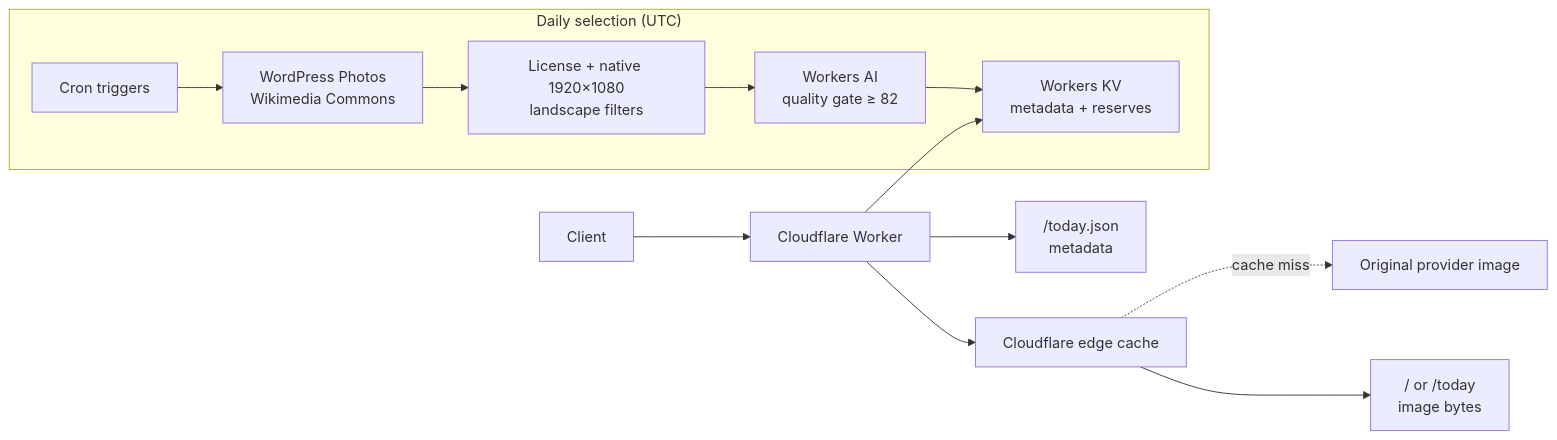
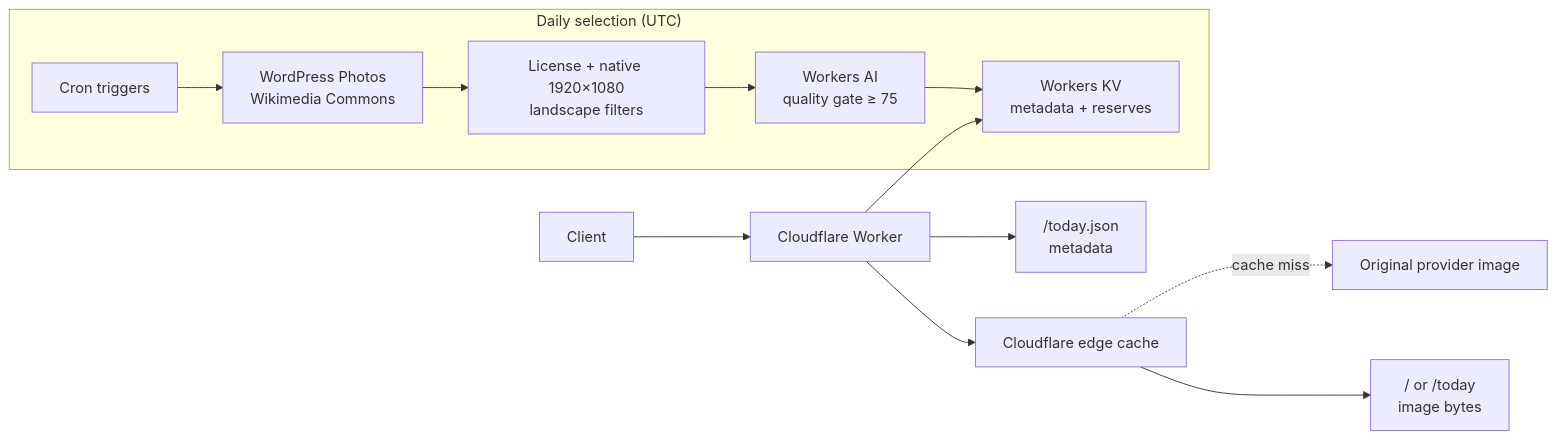
Before and after one commit to ach968/daily-cattle: the diagram in README.md, drawn with Mermaid. The commit also changed other lines of this file and 10 other files, not shown here.

````diff
--- a/README.md
+++ b/README.md
@@ -7,16 +9,16 @@
 ```mermaid
 flowchart LR
   subgraph Selection["Daily selection (UTC)"]
     Cron["Cron triggers"] --> Sources["WordPress Photos<br/>Wikimedia Commons"]
     Sources --> Filters["License + native 1920×1080<br/>landscape filters"]
-    Filters --> AI["Workers AI<br/>quality gate ≥ 82"]
+    Filters --> AI["Workers AI<br/>quality gate ≥ 75"]
     AI --> KV["Workers KV<br/>metadata + reserves"]
   end
 
   Client["Client"] --> Worker["Cloudflare Worker"]
   Worker --> KV
   Worker --> Cache["Cloudflare edge cache"]
   Cache -. cache miss .-> Origin["Original provider image"]
   Cache --> Image["/ or /today<br/>image bytes"]
   Worker --> Metadata["/today.json<br/>metadata"]
 ```
````
